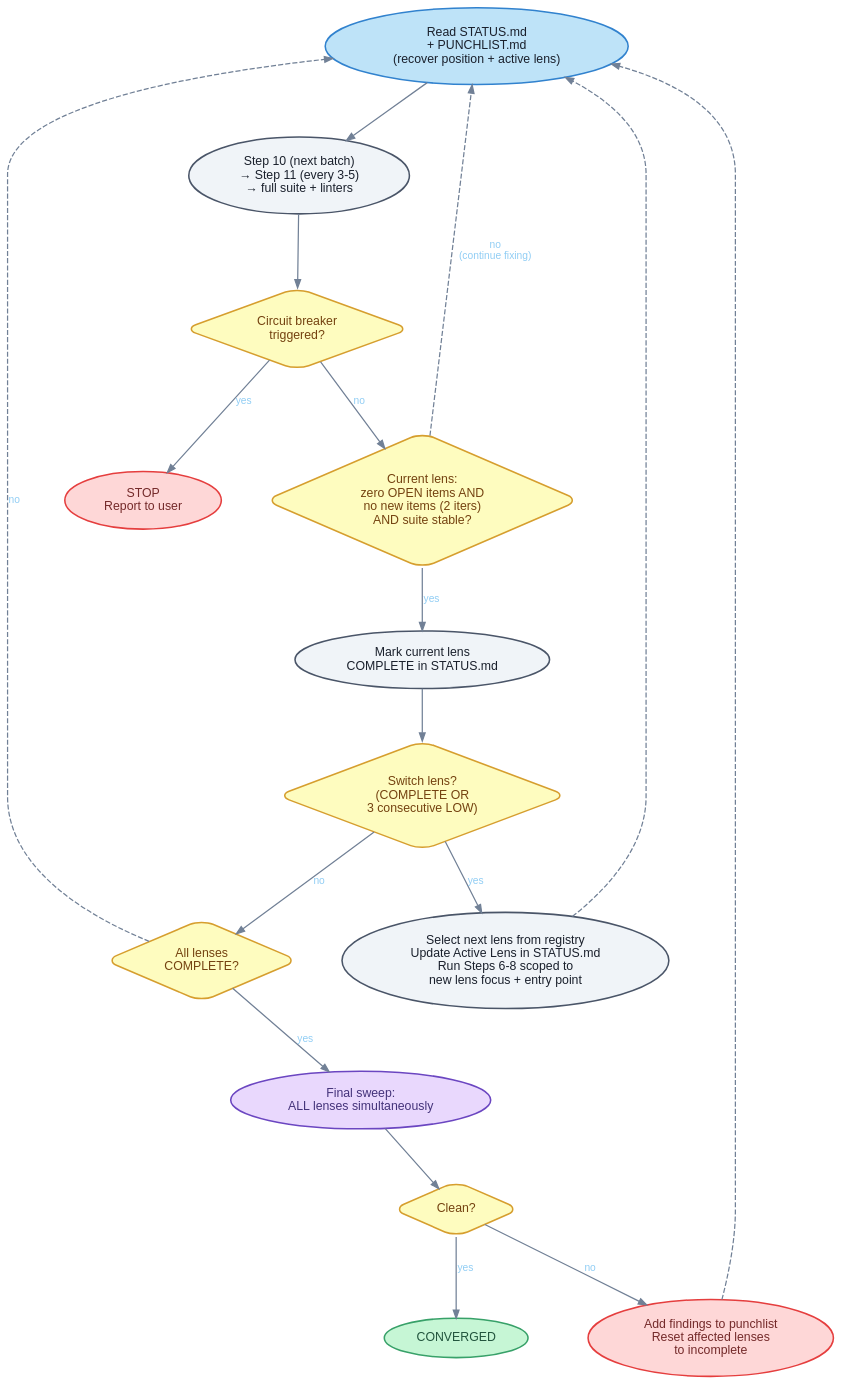
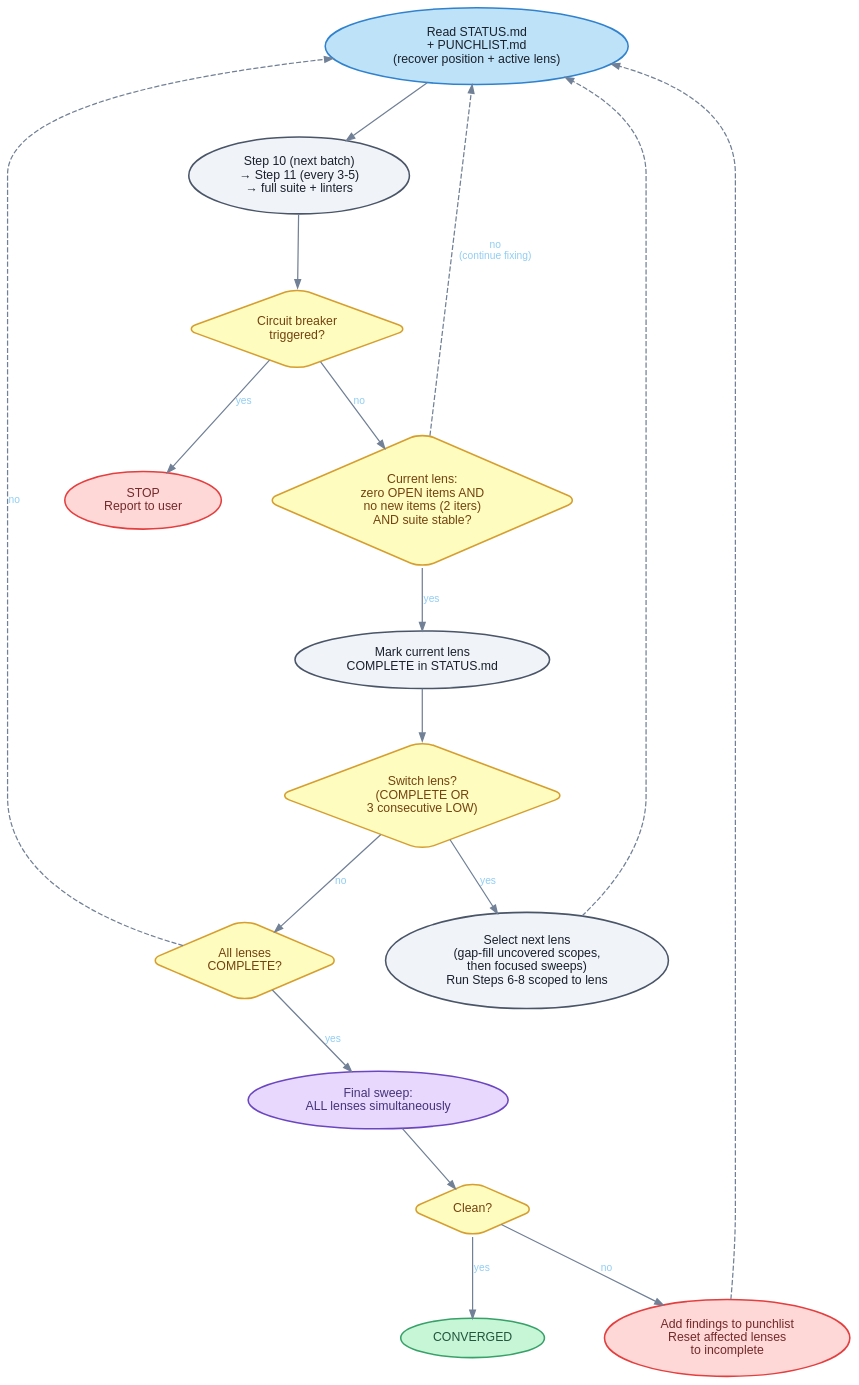
The diagram in docs/diagrams/holtz-convergence.dot (jbrjake/holtz), drawn with Graphviz before and after one commit. The commit also changed 7 other files, not shown here.

```diff
--- a/docs/diagrams/holtz-convergence.dot
+++ b/docs/diagrams/holtz-convergence.dot
@@ -1,118 +1,118 @@
 digraph {
   rankdir=TB
   bgcolor="transparent"
   pad=0.4
   nodesep=0.6
   ranksep=0.7
 
   node [
     fontname="Helvetica"
     fontsize=12
     style="filled,rounded"
     fillcolor="#f0f4f8"
     color="#4a5568"
     fontcolor="#1a202c"
     penwidth=1.5
     margin="0.15,0.1"
   ]
 
   edge [
     fontname="Helvetica"
     fontsize=10
     fontcolor="#90cdf4"
     color="#718096"
     penwidth=1.2
     arrowsize=0.8
   ]
 
   recover [
     label="Read STATUS.md\n+ PUNCHLIST.md\n(recover position + active lens)"
     fillcolor="#bee3f8"
     color="#3182ce"
   ]
   fix_loop [
     label="Step 10 (next batch)\n→ Step 11 (every 3-5)\n→ full suite + linters"
   ]
   breaker [
     label="Circuit breaker\ntriggered?"
     shape=diamond
     fillcolor="#fefcbf"
     color="#d69e2e"
     fontcolor="#744210"
   ]
   stop [
     label="STOP\nReport to user"
     fillcolor="#fed7d7"
     color="#e53e3e"
     fontcolor="#742a2a"
   ]
   lens_clean [
     label="Current lens:\nzero OPEN items AND\nno new items (2 iters)\nAND suite stable?"
     shape=diamond
     fillcolor="#fefcbf"
     color="#d69e2e"
     fontcolor="#744210"
   ]
   mark [
     label="Mark current lens\nCOMPLETE in STATUS.md"
   ]
   switch [
     label="Switch lens?\n(COMPLETE OR\n3 consecutive LOW)"
     shape=diamond
     fillcolor="#fefcbf"
     color="#d69e2e"
     fontcolor="#744210"
   ]
   next_lens [
-    label="Select next lens from registry\nUpdate Active Lens in STATUS.md\nRun Steps 6-8 scoped to\nnew lens focus + entry point"
+    label="Select next lens\n(gap-fill uncovered scopes,\nthen focused sweeps)\nRun Steps 6-8 scoped to lens"
   ]
   all_done [
     label="All lenses\nCOMPLETE?"
     shape=diamond
     fillcolor="#fefcbf"
     color="#d69e2e"
     fontcolor="#744210"
   ]
   final [
     label="Final sweep:\nALL lenses simultaneously"
     fillcolor="#e9d8fd"
     color="#6b46c1"
     fontcolor="#44337a"
   ]
   clean [
     label="Clean?"
     shape=diamond
     fillcolor="#fefcbf"
     color="#d69e2e"
     fontcolor="#744210"
   ]
   converged [
     label="CONVERGED"
     fillcolor="#c6f6d5"
     color="#38a169"
     fontcolor="#22543d"
   ]
   reset [
     label="Add findings to punchlist\nReset affected lenses\nto incomplete"
     fillcolor="#fed7d7"
     color="#e53e3e"
     fontcolor="#742a2a"
   ]
 
   recover -> fix_loop
   fix_loop -> breaker
   breaker -> stop [label="yes"]
   breaker -> lens_clean [label="no"]
   lens_clean -> mark [label="yes"]
   lens_clean -> recover [label="no\n(continue fixing)" style=dashed]
   mark -> switch
   switch -> next_lens [label="yes"]
   switch -> all_done [label="no"]
   next_lens -> recover [style=dashed]
   all_done -> final [label="yes"]
   all_done -> recover [label="no" style=dashed]
   final -> clean
   clean -> converged [label="yes"]
   clean -> reset [label="no"]
   reset -> recover [style=dashed]
 }
```
